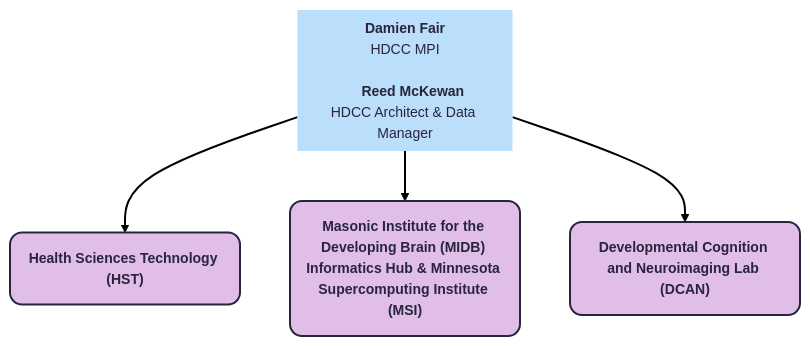
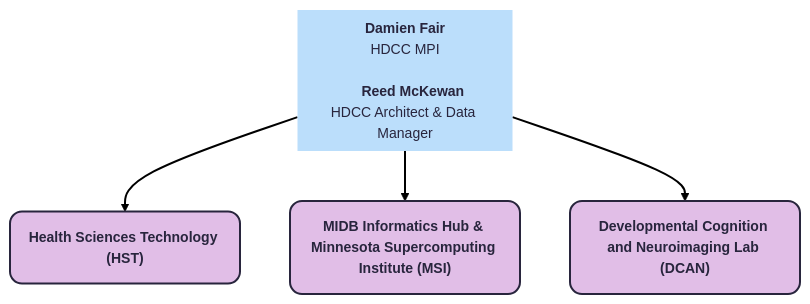
The fourth of 10 diagrams in docs/orgcharts.md (DCAN-Labs/hbcd-docs-internal), drawn with Mermaid before and after one commit.

````diff
--- a/docs/orgcharts.md
+++ b/docs/orgcharts.md
@@ -382,22 +382,22 @@
 ```mermaid
 ---
 config:
   theme: redux
   layout: dagre
 ---
 flowchart TB
     A1["<b>Damien Fair</b><br>HDCC MPI<br>
     <b>Reed McKewan</b><br>HDCC Architect &amp; Data Manager"] --> HST["<b>Health Sciences Technology (HST)</b><br>"]
-    A1 --> MIDB["<b>Masonic Institute for the Developing Brain (MIDB) Informatics Hub & Minnesota Supercomputing Institute (MSI)</b><br>"] & DCAN["<b>Developmental Cognition and Neuroimaging Lab (DCAN)</b>"]
+    A1 --> MIDB["<b>MIDB Informatics Hub & Minnesota Supercomputing Institute (MSI)</b><br>"] & DCAN["<b>Developmental Cognition and Neuroimaging Lab (DCAN)</b>"]
     A1@{ shape: text}
     HST@{ shape: rounded}
     MIDB@{ shape: rounded}
     DCAN@{ shape: rounded}
     style A1 fill:#BBDEFB
     style HST fill:#E1BEE7
     style MIDB fill:#E1BEE7
     style DCAN fill:#E1BEE7
     click HST "#health-sciences-technology-hst"
     click MIDB "#masonic-institute-for-the-developing-brain-midb-informatics-hub"
     click DCAN "#dcan-lab"
 ```
````
